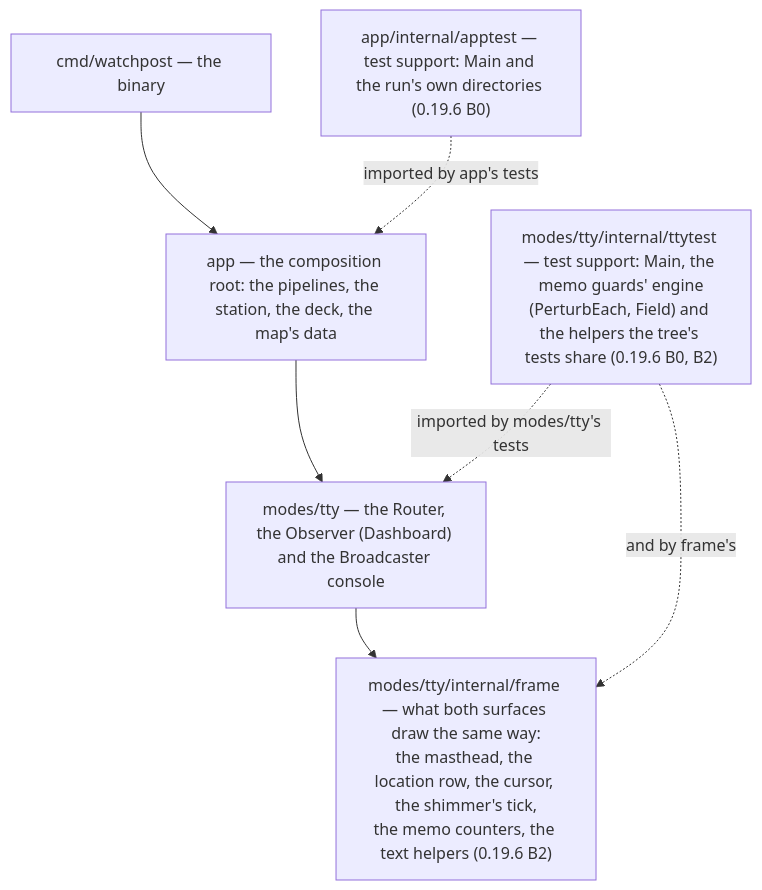
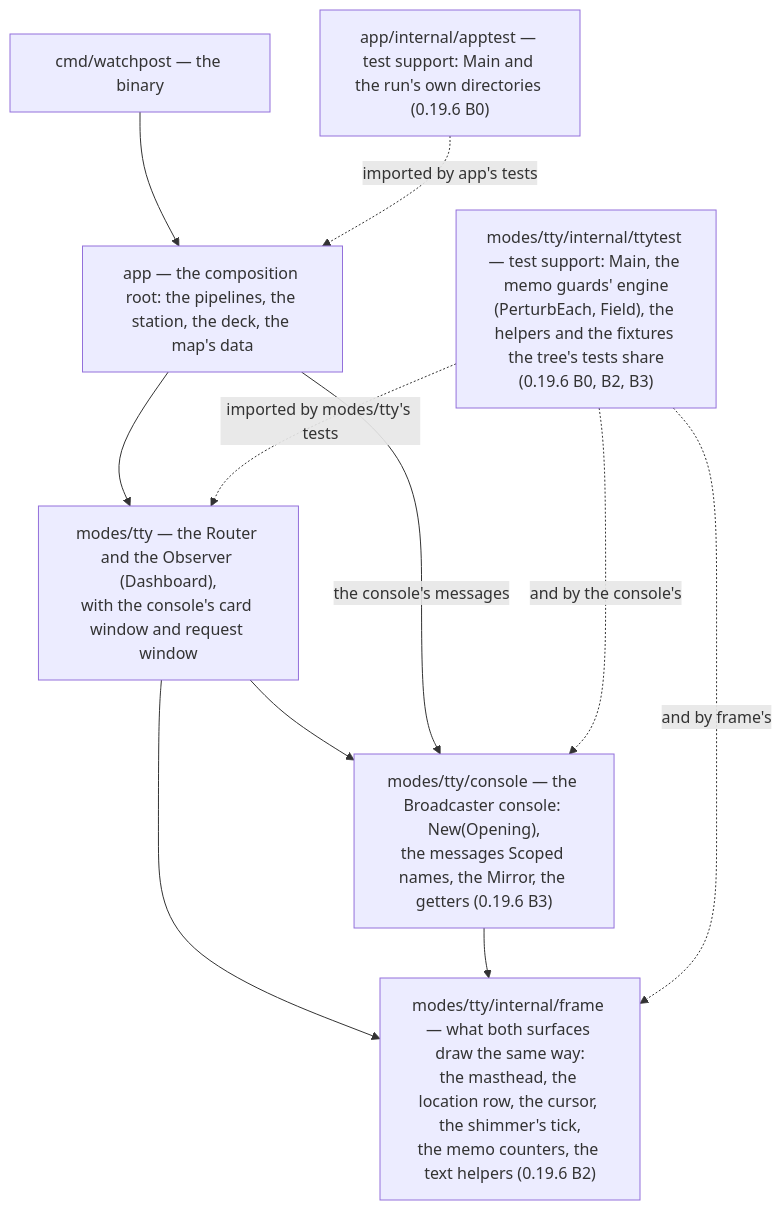
The diagram in 06_docs/02_features/0.19.6-re-architecting/03-architecture-design/as-built-packages.md (branden-thompson/watchpost), drawn with Mermaid before and after one commit. The commit also changed other lines of this file and 264 other files, not shown here.

````diff
--- a/06_docs/02_features/0.19.6-re-architecting/03-architecture-design/as-built-packages.md
+++ b/06_docs/02_features/0.19.6-re-architecting/03-architecture-design/as-built-packages.md
@@ -23,12 +23,16 @@
 ```mermaid
 flowchart TB
   CMD["cmd/watchpost — the binary"] --> APP
   APP["app — the composition root: the pipelines, the station, the deck, the map's data"] --> TTY
-  TTY["modes/tty — the Router, the Observer (Dashboard) and the Broadcaster console"] --> FRAME
+  TTY["modes/tty — the Router and the Observer (Dashboard),<br/>with the console's card window and request window"] --> CONSOLE
+  TTY --> FRAME
+  APP -- "the console's messages" --> CONSOLE
+  CONSOLE["modes/tty/console — the Broadcaster console: New(Opening),<br/>the messages Scoped names, the Mirror, the getters (0.19.6 B3)"] --> FRAME
   FRAME["modes/tty/internal/frame — what both surfaces draw the same way:<br/>the masthead, the location row, the cursor, the shimmer's tick,<br/>the memo counters, the text helpers (0.19.6 B2)"]
-  TTYT["modes/tty/internal/ttytest — test support: Main, the memo guards' engine<br/>(PerturbEach, Field) and the helpers the tree's tests share (0.19.6 B0, B2)"]
+  TTYT["modes/tty/internal/ttytest — test support: Main, the memo guards' engine<br/>(PerturbEach, Field), the helpers and the fixtures the tree's tests share<br/>(0.19.6 B0, B2, B3)"]
   APPT["app/internal/apptest — test support: Main and the run's own directories (0.19.6 B0)"]
   TTYT -. "imported by modes/tty's tests" .-> TTY
   TTYT -. "and by frame's" .-> FRAME
+  TTYT -. "and by the console's" .-> CONSOLE
   APPT -. "imported by app's tests" .-> APP
 ```
````
